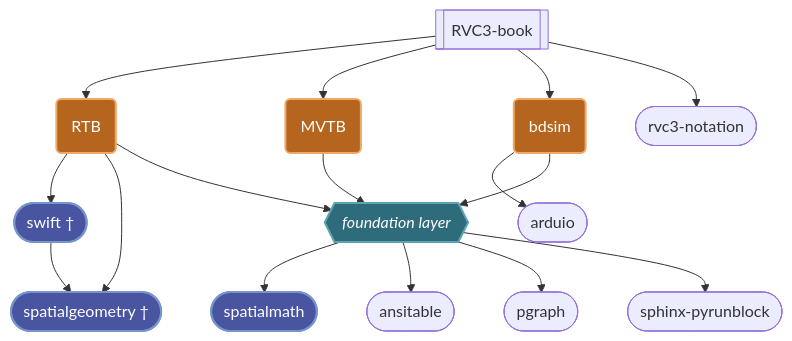
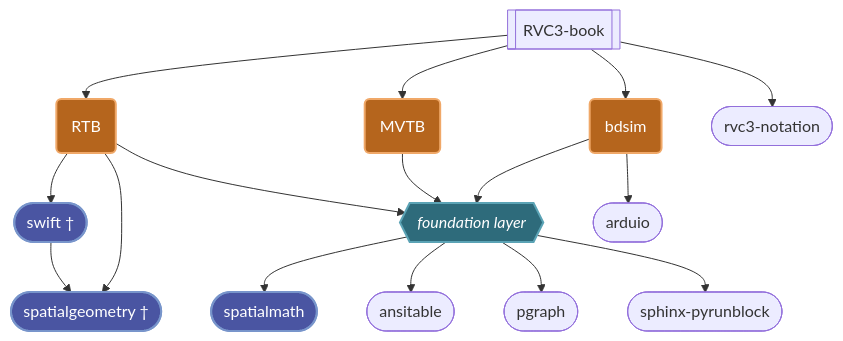
The diagram in README.md (petercorke/rvc-ecosystem), drawn with Mermaid before and after one commit. The commit also changed other lines of this file, not shown here.

First line of the commit message:
swap bdsim child node order to avoid crossed arrows.

````diff
--- a/README.md
+++ b/README.md
@@ -13,70 +13,71 @@
 ```mermaid
 flowchart TD
 	%% Custom Class Definition: Works in both Light and Dark themes
     %% Warm orange accent with white text and a clean border
     classDef highlight fill:#B5651D,stroke:#F0A868,color:#FFFFFF,stroke-width:2px;
 
     %% Third-party owned packages (RAI, jhavl) - muted indigo/violet, distinct
     %% from the orange highlight and colorblind-safe against it (blue vs orange,
     %% not red vs green)
     classDef thirdparty fill:#4A55A2,stroke:#7895CB,color:#FFFFFF,stroke-width:2px;
 
     %% Foundation layer - dark slate teal; white text readable on both themes
     classDef foundation fill:#2E6B7B,stroke:#5BA3B5,color:#FFFFFF,stroke-width:2px;
     
     %% Define Nodes with specific shapes from user instructions
 
     %% RVC3-book is subroutine style
     RVC3[[RVC3-book]]
 
     %% rvc-foundations is hexagon style >]
     Foundations{{"<i>foundation layer</i>"}}
 
     %% RTB, MVTB, bdsim are rounded box style
     RTB(RTB)
     MVTB(MVTB)
     BDSIM(bdsim)
 
     %% Others are stadium style ([])
     Notation([rvc3-notation])
     Swift([swift †])
     Geometries([spatialgeometry †])
     Arduino([arduio])
     Spatialmath([spatialmath])
     Ansitable([ansitable])
     Pgraph([pgraph])
     Sphinx([sphinx-pyrunblock])
     
     %% Apply Highlight Class to Specific Nodes
     class RTB,MVTB,BDSIM highlight;
     class Swift,Geometries,Spatialmath thirdparty;
     class Foundations foundation;
 
     %% Define Connections based on sketch
 
     %% Top Level Connections
     RVC3 --> RTB
     RVC3 --> MVTB
     RVC3 --> BDSIM
     RVC3 --> Notation
 
     %% RTB Branch
     RTB --> Swift
     RTB --> Geometries
     Swift --> Geometries
 
-    %% BDSIM Branch
-    BDSIM --> Arduino
 
     %% Mid-Level Convergence to Foundations
     RTB --> Foundations
     MVTB --> Foundations
     BDSIM --> Foundations
+
+    %% BDSIM Branch
+    BDSIM --> Arduino
 
     %% Bottom Level Connections
     Foundations --> Spatialmath
     Foundations --> Ansitable
     Foundations --> Pgraph
     Foundations --> Sphinx
 
 ```
````
